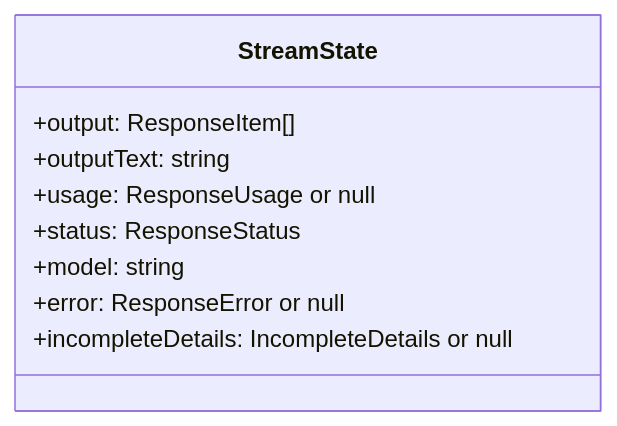
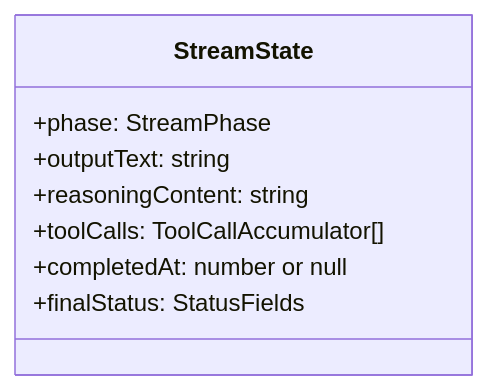
One commit to Ahoo-Wang/GodeX changed the diagram in wiki/05-streaming-pipeline/stream-state.md. Above: the diagram before and after it, drawn with Mermaid. The commit also changed other lines of this file and 9 other files, not shown here.

````diff
--- a/wiki/05-streaming-pipeline/stream-state.md
+++ b/wiki/05-streaming-pipeline/stream-state.md
@@ -12,14 +12,13 @@
 ```mermaid
 classDiagram
   direction TB
 
   class StreamState {
-    +output: ResponseItem[]
+    +phase: StreamPhase
     +outputText: string
-    +usage: ResponseUsage or null
-    +status: ResponseStatus
-    +model: string
-    +error: ResponseError or null
-    +incompleteDetails: IncompleteDetails or null
+    +reasoningContent: string
+    +toolCalls: ToolCallAccumulator[]
+    +completedAt: number or null
+    +finalStatus: StatusFields
   }
 ```
````
